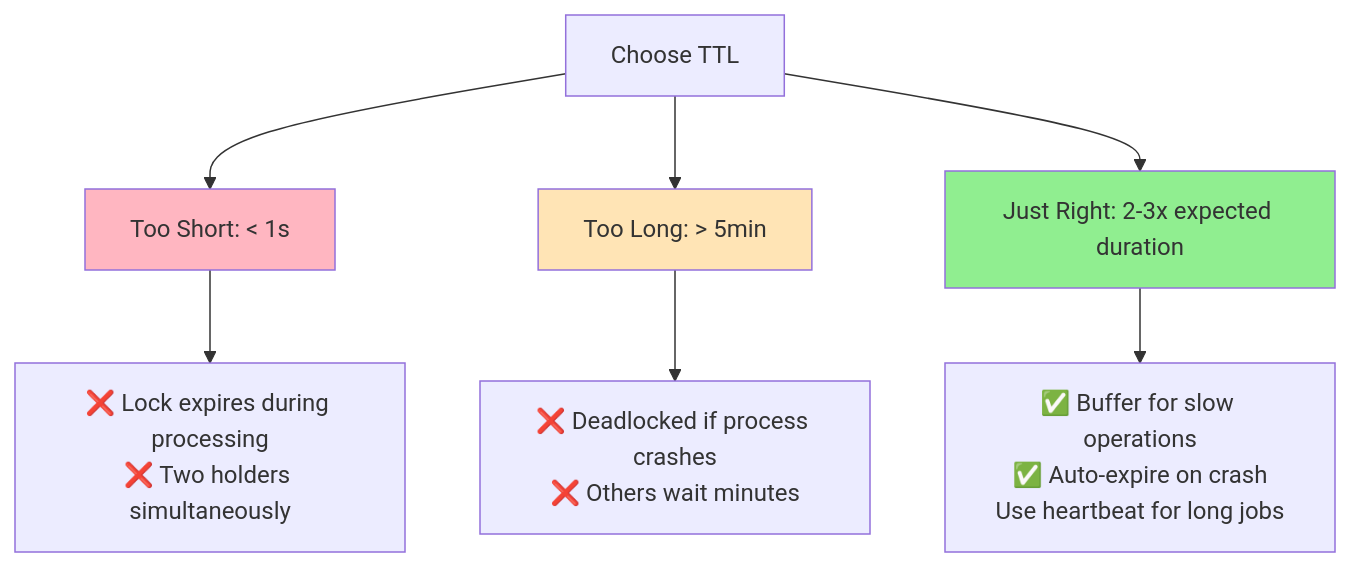
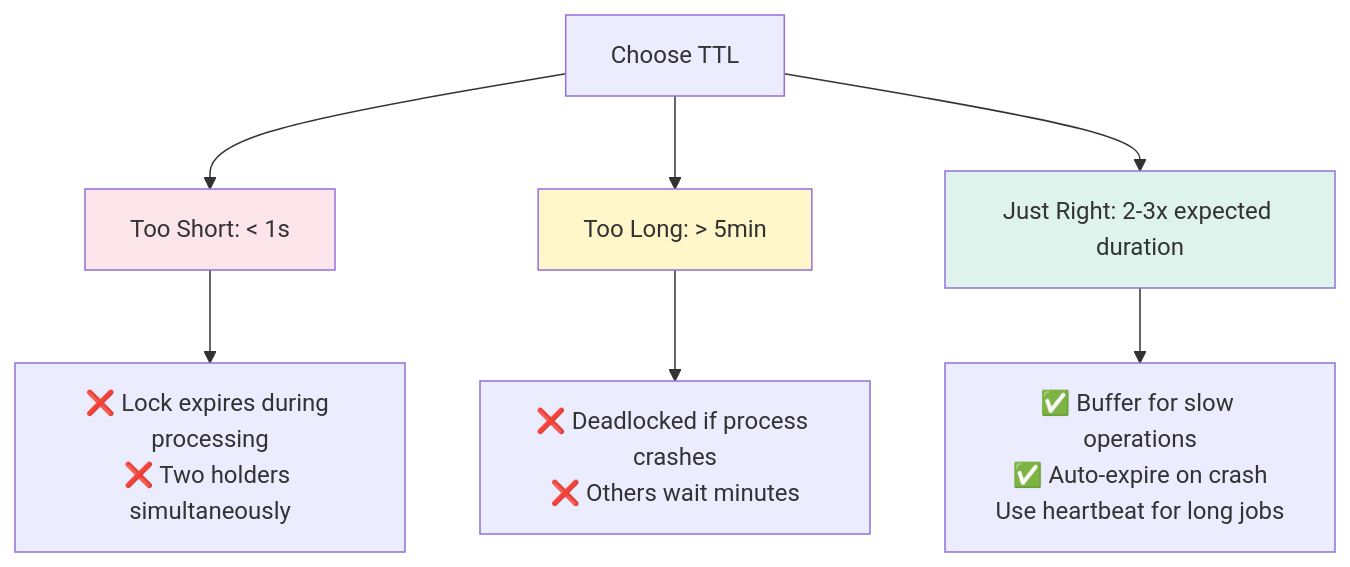
Before and after one commit to cartmancodes/InterviewVault: diagram 11 of 13 in LLD/CoreConcepts/DistributedLocking.md, drawn with Mermaid. The commit also changed other lines of this file and 679 other files, not shown here.

Commit message:
Unify content diagrams and add accessible visual walkthroughs

````diff
--- a/LLD/CoreConcepts/DistributedLocking.md
+++ b/LLD/CoreConcepts/DistributedLocking.md
@@ -573,16 +573,16 @@
 ```mermaid
 graph TB
     CHOOSE[Choose TTL]
 
     CHOOSE --> SHORT[Too Short: < 1s]
     CHOOSE --> LONG[Too Long: > 5min]
     CHOOSE --> SWEET[Just Right: 2-3x expected duration]
 
     SHORT --> S1[❌ Lock expires during processing<br/>❌ Two holders simultaneously]
     LONG --> L1[❌ Deadlocked if process crashes<br/>❌ Others wait minutes]
     SWEET --> SW1[✅ Buffer for slow operations<br/>✅ Auto-expire on crash<br/>Use heartbeat for long jobs]
 
-    style SHORT fill:#FFB6C1
-    style LONG fill:#FFE4B5
-    style SWEET fill:#90EE90
+    style SHORT fill:#FCE5EA
+    style LONG fill:#FFF6C9
+    style SWEET fill:#DDF3EC
 ```
````
